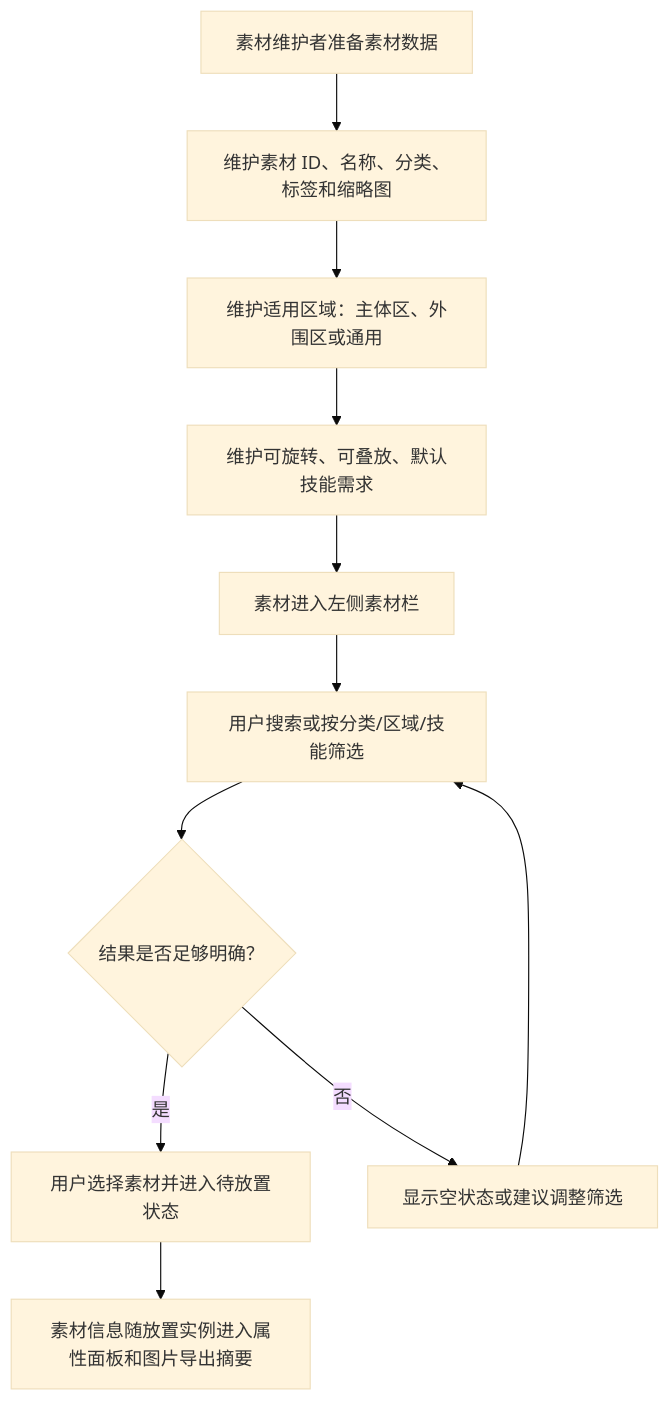
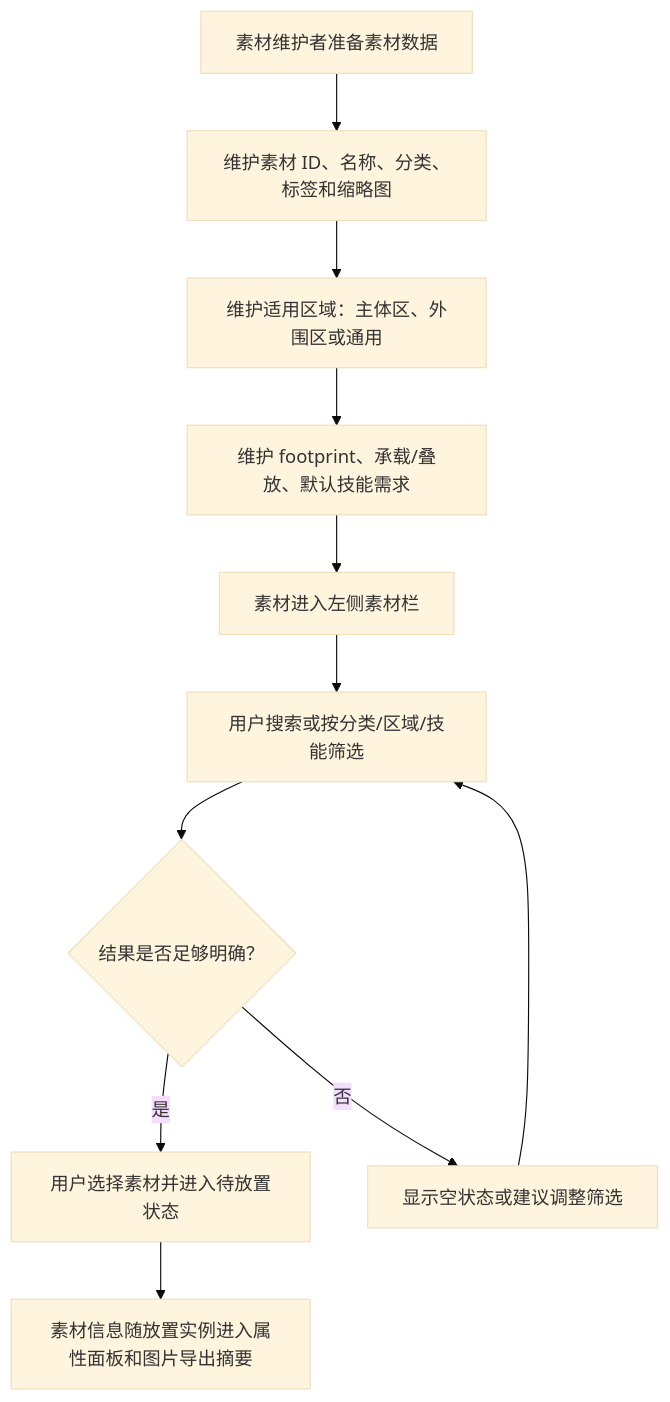
Before and after one commit to grigri201/pokopia-scene-editor: the third of 4 diagrams in _bmad-output/planning-artifacts/ux-design-specification.md, drawn with Mermaid (base theme). The commit also changed other lines of this file and 6 other files, not shown here.

````diff
--- a/_bmad-output/planning-artifacts/ux-design-specification.md
+++ b/_bmad-output/planning-artifacts/ux-design-specification.md
@@ -444,13 +454,13 @@
 ```mermaid
 flowchart TD
   A["素材维护者准备素材数据"] --> B["维护素材 ID、名称、分类、标签和缩略图"]
   B --> C["维护适用区域：主体区、外围区或通用"]
-  C --> D["维护可旋转、可叠放、默认技能需求"]
+  C --> D["维护 footprint、承载/叠放、默认技能需求"]
   D --> E["素材进入左侧素材栏"]
   E --> F["用户搜索或按分类/区域/技能筛选"]
   F --> G{"结果是否足够明确？"}
   G -- "是" --> H["用户选择素材并进入待放置状态"]
   G -- "否" --> I["显示空状态或建议调整筛选"]
   I --> F
   H --> J["素材信息随放置实例进入属性面板和图片导出摘要"]
 ```
````
